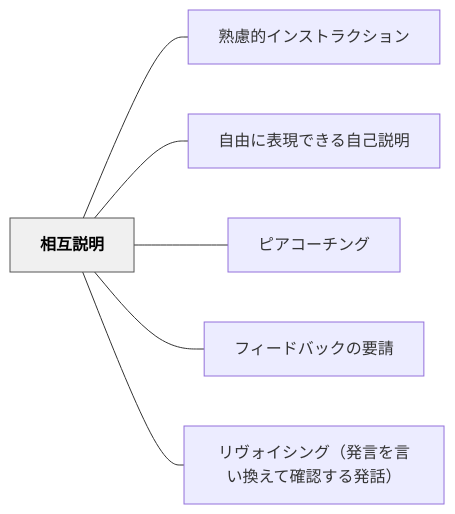
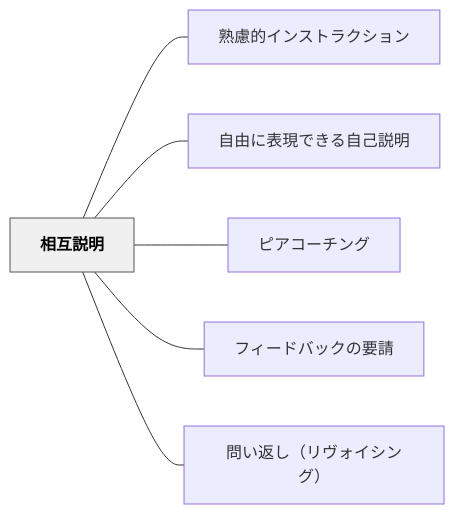
One commit to unknownthings-ed-patterns/unknownthings-ed-patterns changed the diagram in content/パタン/相互説明.md. Above: the diagram before and after it, drawn with Mermaid. The commit also changed other lines of this file and 32 other files, not shown here.

````diff
--- a/content/パタン/相互説明.md
+++ b/content/パタン/相互説明.md
@@ -52,18 +52,18 @@
 ```mermaid
 flowchart LR
     ne79bb8e4ba92e8aaace6988e["相互説明"]
     ne7869fe685aee79a84e382a4e383b3e382b9e38388e383a9e382afe382b7e383a7e383b3["熟慮的インストラクション"]
     ne887aae794b1e381abe8a1a8e78fbee381a7e3818de3828be887aae5b7b1e8aaace6988e["自由に表現できる自己説明"]
     ne38394e382a2e382b3e383bce38381e383b3e382b0["ピアコーチング"]
     ne38395e382a3e383bce38389e38390e38383e382afe381aee8a681e8ab8b["フィードバックの要請"]
-    ne383aae383b4e382a9e382a4e382b7e383b3e382b0efbc88e799bae8a880e38292e8a880e38184e68f9be38188e381a6e7a2bae8aa8de38199e3828be799bae8a9b1efbc89["リヴォイシング（発言を言い換えて確認する発話）"]
+    ne5958fe38184e8bf94e38197efbc88e383aae383b4e382a9e382a4e382b7e383b3e382b0efbc89["問い返し（リヴォイシング）"]
 
     ne79bb8e4ba92e8aaace6988e --- ne7869fe685aee79a84e382a4e383b3e382b9e38388e383a9e382afe382b7e383a7e383b3
     ne79bb8e4ba92e8aaace6988e --- ne887aae794b1e381abe8a1a8e78fbee381a7e3818de3828be887aae5b7b1e8aaace6988e
     ne79bb8e4ba92e8aaace6988e --- ne38394e382a2e382b3e383bce38381e383b3e382b0
     ne79bb8e4ba92e8aaace6988e --- ne38395e382a3e383bce38389e38390e38383e382afe381aee8a681e8ab8b
-    ne79bb8e4ba92e8aaace6988e --- ne383aae383b4e382a9e382a4e382b7e383b3e382b0efbc88e799bae8a880e38292e8a880e38184e68f9be38188e381a6e7a2bae8aa8de38199e3828be799bae8a9b1efbc89
+    ne79bb8e4ba92e8aaace6988e --- ne5958fe38184e8bf94e38197efbc88e383aae383b4e382a9e382a4e382b7e383b3e382b0efbc89
 
     classDef hub fill:#f0f0f0,stroke:#555,color:#000,font-weight:bold
     class ne79bb8e4ba92e8aaace6988e hub
 ```
````
